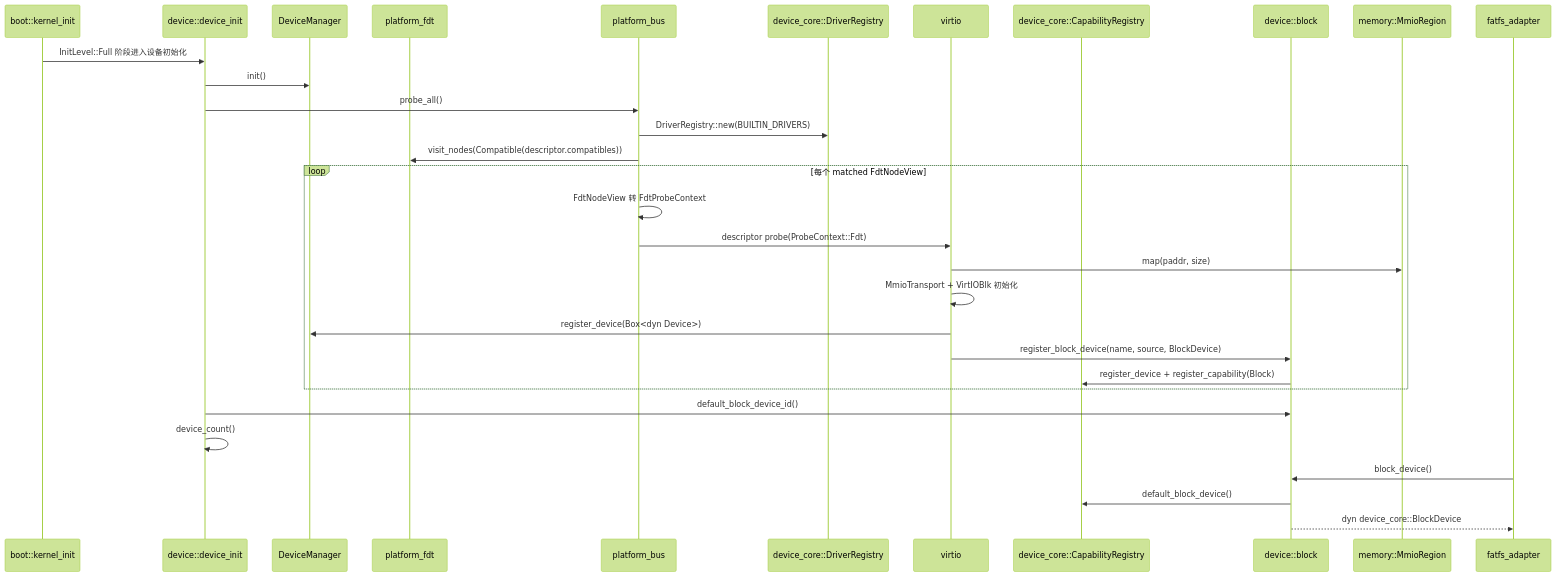
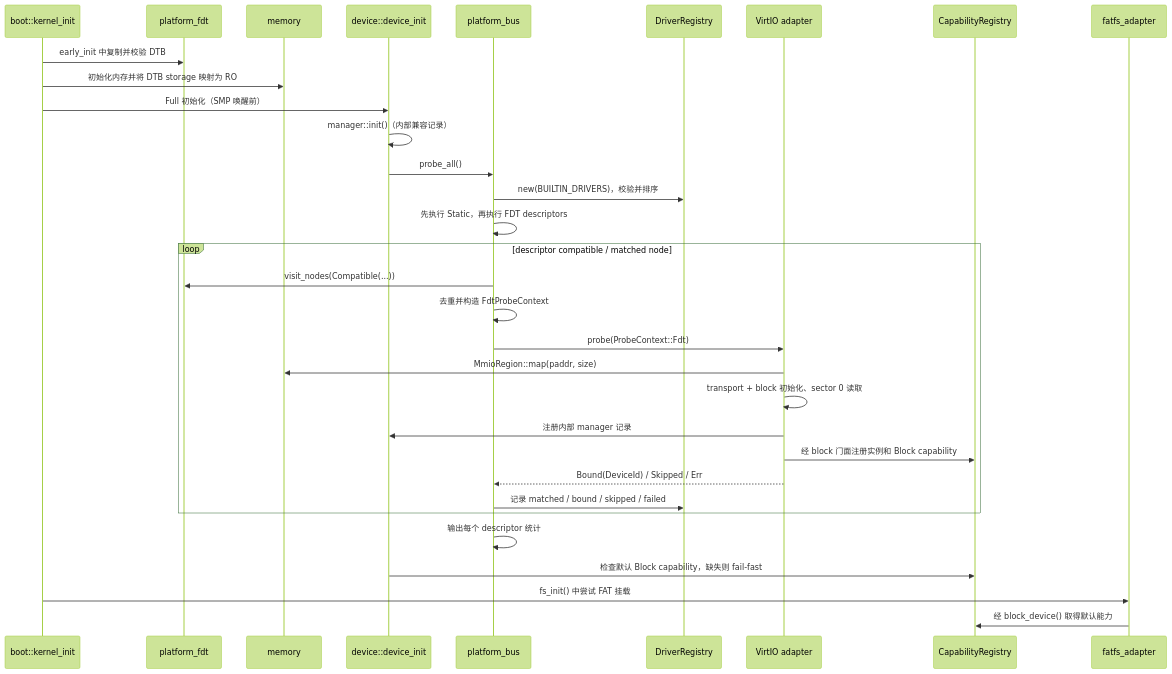
Before and after one commit to MRNIU/SimpleKernel: the diagram in docs/design/device-subsystem-current.md, drawn with Mermaid (forest theme). The commit also changed other lines of this file and 8 other files, not shown here.

````diff
--- a/docs/design/device-subsystem-current.md
+++ b/docs/design/device-subsystem-current.md
@@ -36,34 +37,35 @@
 ```mermaid
 sequenceDiagram
   participant Boot as boot::kernel_init
+  participant Fdt as platform_fdt
+  participant Memory as memory
   participant Device as device::device_init
-  participant Manager as DeviceManager
-  participant Fdt as platform_fdt
   participant Bus as platform_bus
-  participant Registry as device_core::DriverRegistry
-  participant Virtio as virtio
-  participant Capability as device_core::CapabilityRegistry
-  participant Block as device::block
-  participant Memory as memory::MmioRegion
+  participant Driver as DriverRegistry
+  participant Virtio as VirtIO adapter
+  participant Cap as CapabilityRegistry
   participant Fs as fatfs_adapter
 
-  Boot->>Device: InitLevel::Full 阶段进入设备初始化
-  Device->>Manager: init()
+  Boot->>Fdt: early_init 中复制并校验 DTB
+  Boot->>Memory: 初始化内存并将 DTB storage 映射为 RO
+  Boot->>Device: Full 初始化（SMP 唤醒前）
+  Device->>Device: manager::init()（内部兼容记录）
   Device->>Bus: probe_all()
-  Bus->>Registry: DriverRegistry::new(BUILTIN_DRIVERS)
-  Bus->>Fdt: visit_nodes(Compatible(descriptor.compatibles))
-  loop 每个 matched FdtNodeView
-    Bus->>Bus: FdtNodeView 转 FdtProbeContext
-    Bus->>Virtio: descriptor probe(ProbeContext::Fdt)
-    Virtio->>Memory: map(paddr, size)
-    Virtio->>Virtio: MmioTransport + VirtIOBlk 初始化
-    Virtio->>Manager: register_device(Box<dyn Device>)
-    Virtio->>Block: register_block_device(name, source, BlockDevice)
-    Block->>Capability: register_device + register_capability(Block)
+  Bus->>Driver: new(BUILTIN_DRIVERS)，校验并排序
+  Bus->>Bus: 先执行 Static，再执行 FDT descriptors
+  loop descriptor compatible / matched node
+    Bus->>Fdt: visit_nodes(Compatible(...))
+    Bus->>Bus: 去重并构造 FdtProbeContext
+    Bus->>Virtio: probe(ProbeContext::Fdt)
+    Virtio->>Memory: MmioRegion::map(paddr, size)
+    Virtio->>Virtio: transport + block 初始化、sector 0 读取
+    Virtio->>Device: 注册内部 manager 记录
+    Virtio->>Cap: 经 block 门面注册实例和 Block capability
+    Virtio-->>Bus: Bound(DeviceId) / Skipped / Err
+    Bus->>Driver: 记录 matched / bound / skipped / failed
   end
-  Device->>Block: default_block_device_id()
-  Device->>Device: device_count()
-  Fs->>Block: block_device()
-  Block->>Capability: default_block_device()
-  Block-->>Fs: dyn device_core::BlockDevice
+  Bus->>Bus: 输出每个 descriptor 统计
+  Device->>Cap: 检查默认 Block capability，缺失则 fail-fast
+  Boot->>Fs: fs_init() 中尝试 FAT 挂载
+  Fs->>Cap: 经 block_device() 取得默认能力
 ```
````
